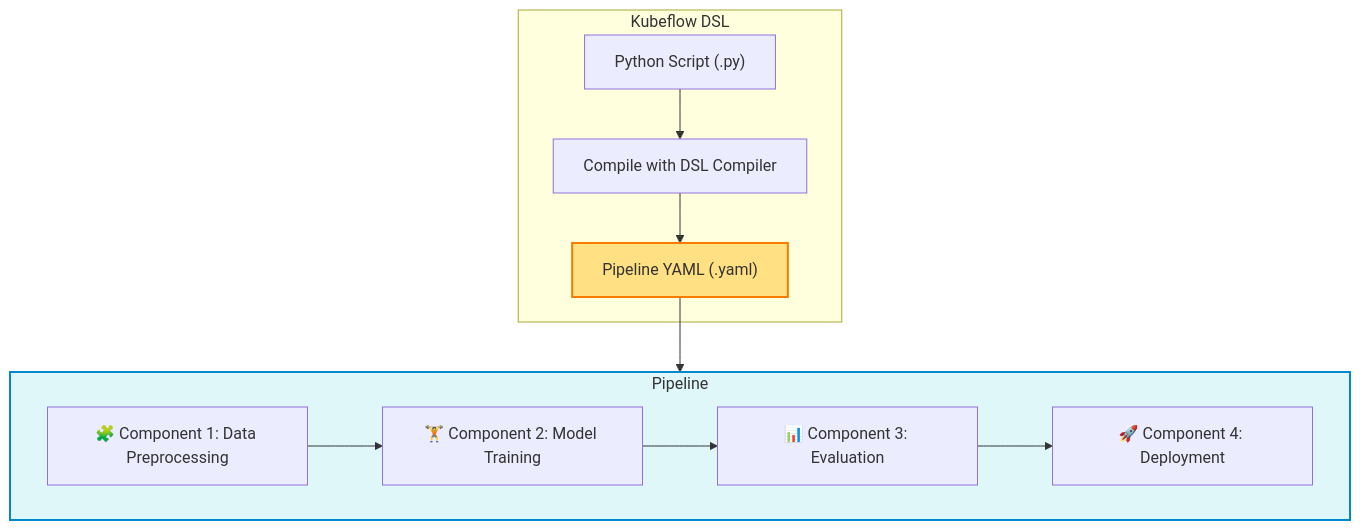
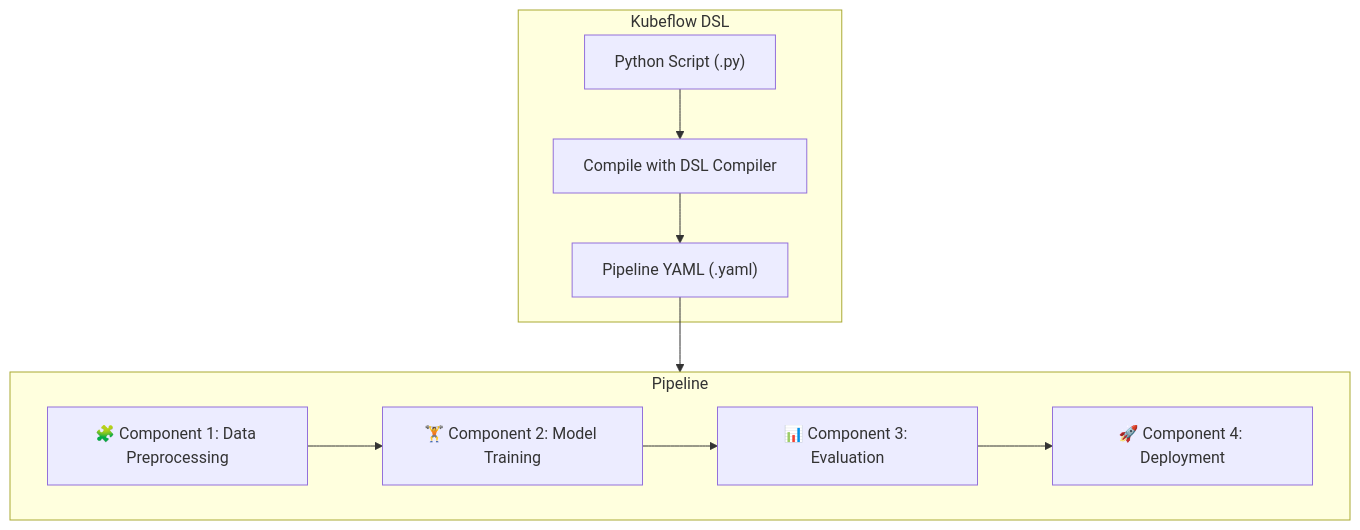
Before and after one commit to akashdip2001/MLOps: the fourth of 5 diagrams in diagrams.md, drawn with Mermaid. The commit also changed other lines of this file, not shown here.

First line of the commit message:
Revise MLOps diagrams and explanations

````diff
--- a/diagrams.md
+++ b/diagrams.md
@@ -95,21 +88,18 @@
 ```mermaid
 flowchart TD
     subgraph Pipeline
     P1[🧩 Component 1: Data Preprocessing]
     P2[🏋️ Component 2: Model Training]
     P3[📊 Component 3: Evaluation]
     P4[🚀 Component 4: Deployment]
     end
 
     P1 --> P2 --> P3 --> P4
 
-    subgraph Kubeflow DSL
+    subgraph Kubeflow_DSL[Kubeflow DSL]
     C1["Python Script (.py)"] --> C2["Compile with DSL Compiler"]
     C2 --> C3["Pipeline YAML (.yaml)"]
     end
 
     C3 --> Pipeline
-
-    style Pipeline fill:#e0f7fa,stroke:#0288d1,stroke-width:2px
-    style C3 fill:#ffe082,stroke:#f57c00,stroke-width:2px
 ```
````
